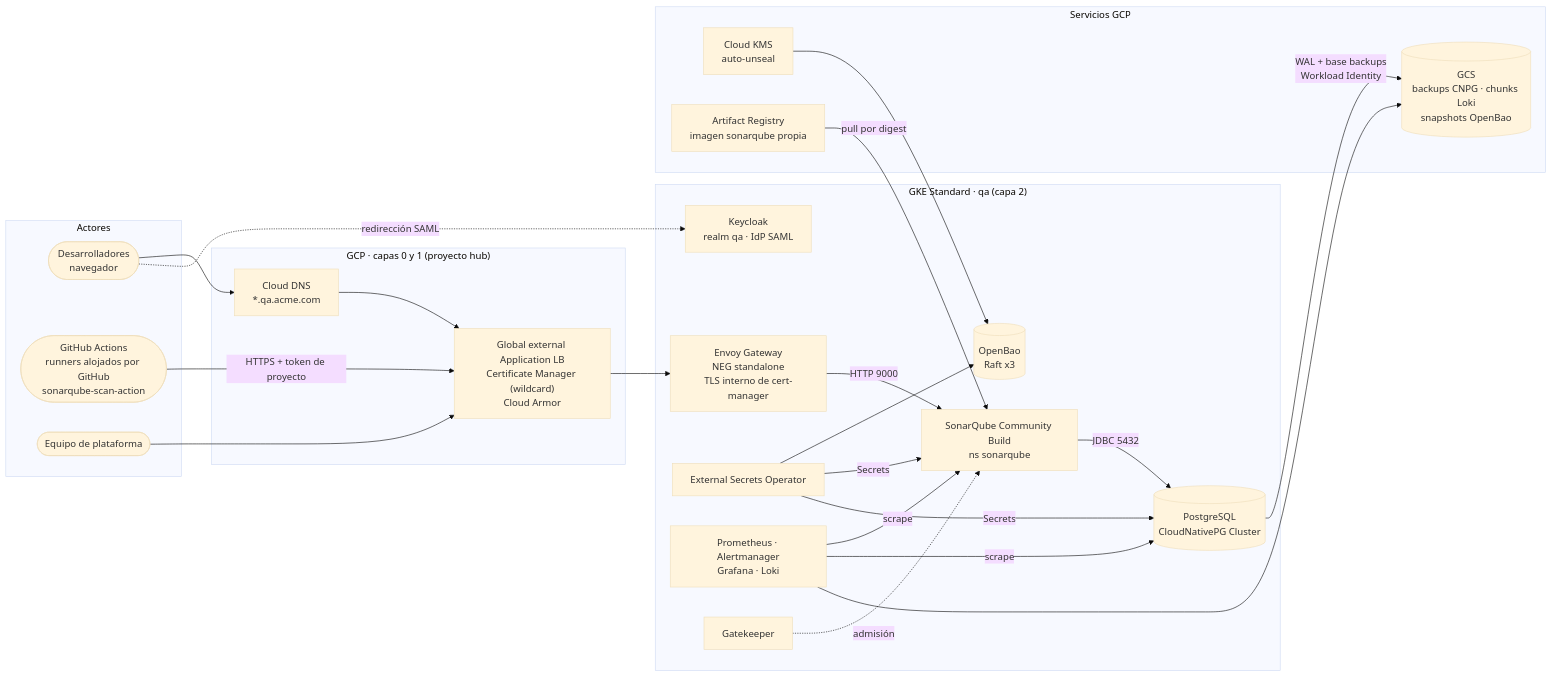
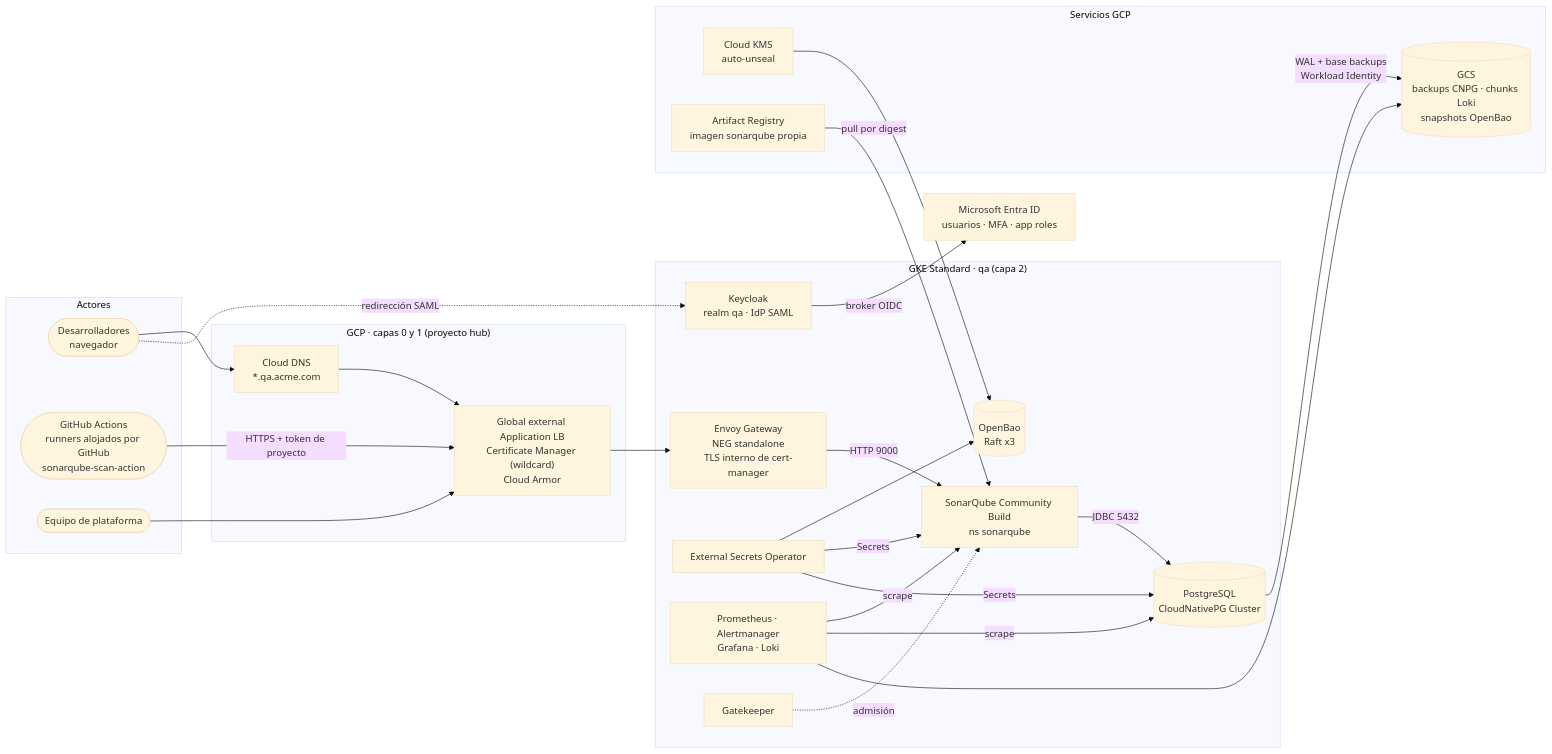
Before and after one commit to aescanero/proposal_documents: the diagram in docs/proposals/sonarqube-qa/diagrams/01-contexto.mmd, drawn with Mermaid (base theme). The commit also changed 6 other files, not shown here.

```diff
--- a/docs/proposals/sonarqube-qa/diagrams/01-contexto.mmd
+++ b/docs/proposals/sonarqube-qa/diagrams/01-contexto.mmd
@@ -1,45 +1,48 @@
 flowchart LR
     subgraph ACT["Actores"]
         DEV(["Desarrolladores<br/>navegador"])
         GHA(["GitHub Actions<br/>runners alojados por GitHub<br/>sonarqube-scan-action"])
         OPS(["Equipo de plataforma"])
     end
+
+    ENTRA["Microsoft Entra ID<br/>usuarios · MFA · app roles"]
 
     subgraph GCP0["GCP · capas 0 y 1 (proyecto hub)"]
         DNS["Cloud DNS<br/>*.qa.acme.com"]
         LB["Global external Application LB<br/>Certificate Manager (wildcard)<br/>Cloud Armor"]
     end
 
     subgraph K8S["GKE Standard · qa (capa 2)"]
         GW["Envoy Gateway<br/>NEG standalone<br/>TLS interno de cert-manager"]
         SQ["SonarQube Community Build<br/>ns sonarqube"]
         PG[("PostgreSQL<br/>CloudNativePG Cluster")]
         KC["Keycloak<br/>realm qa · IdP SAML"]
         ESO["External Secrets Operator"]
         BAO[("OpenBao<br/>Raft x3")]
         MON["Prometheus · Alertmanager<br/>Grafana · Loki"]
         GK["Gatekeeper"]
     end
 
     subgraph GCPS["Servicios GCP"]
         GCS[("GCS<br/>backups CNPG · chunks Loki<br/>snapshots OpenBao")]
         KMS["Cloud KMS<br/>auto-unseal"]
         AR["Artifact Registry<br/>imagen sonarqube propia"]
     end
 
     DEV --> DNS --> LB --> GW
     GHA -->|"HTTPS + token de proyecto"| LB
     GW -->|"HTTP 9000"| SQ
     SQ -->|"JDBC 5432"| PG
     DEV -. "redirección SAML" .-> KC
+    KC -->|"broker OIDC"| ENTRA
     ESO --> BAO
     ESO -->|"Secrets"| SQ
     ESO -->|"Secrets"| PG
     KMS --> BAO
     MON -->|"scrape"| SQ
     MON -->|"scrape"| PG
     PG -->|"WAL + base backups<br/>Workload Identity"| GCS
     MON --> GCS
     AR -->|"pull por digest"| SQ
     GK -. "admisión" .-> SQ
     OPS --> LB
```
